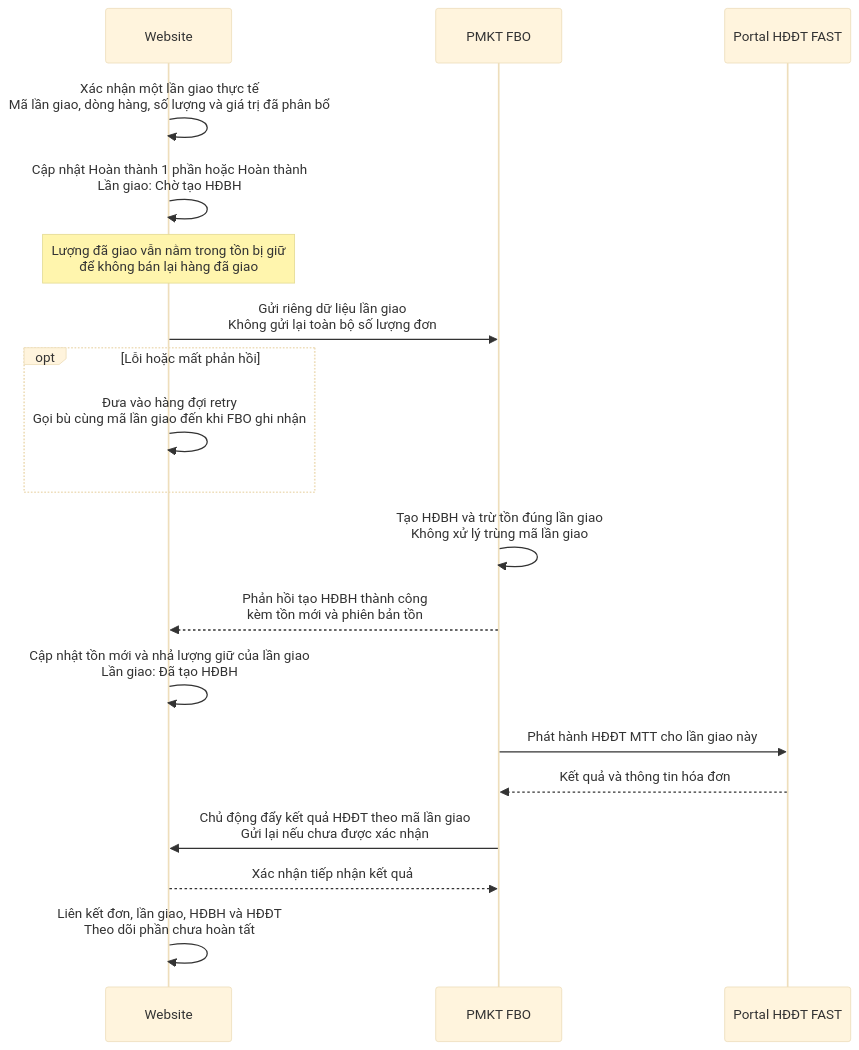
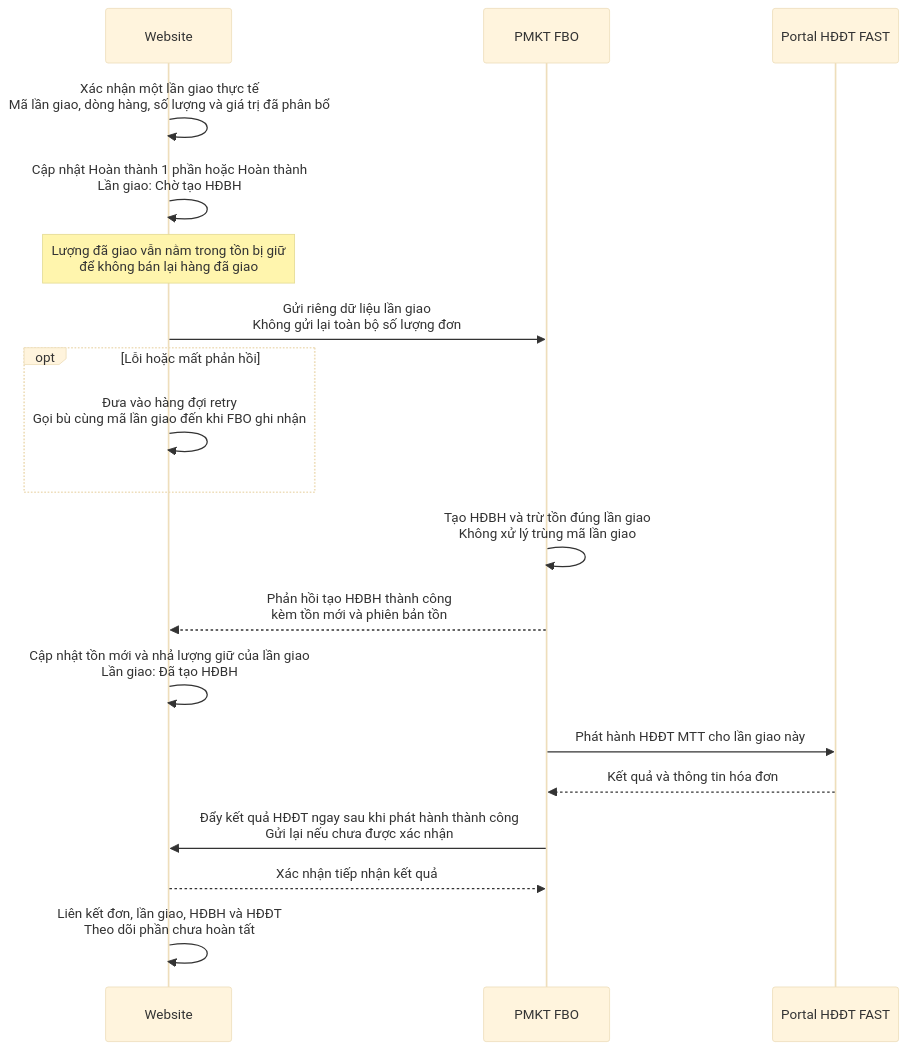
Before and after one commit to quangnh0609/PhuongThao: the second of 4 diagrams in 01.Ket_noi_website_1/docs/BRD_PhuongThao.md, drawn with Mermaid (base theme). The commit also changed other lines of this file and 7 other files, not shown here.

````diff
--- a/01.Ket_noi_website_1/docs/BRD_PhuongThao.md
+++ b/01.Ket_noi_website_1/docs/BRD_PhuongThao.md
@@ -164,21 +164,21 @@
 ```mermaid
 sequenceDiagram
     participant WEB as Website
     participant FBO as PMKT FBO
     participant PORTAL as Portal HĐĐT FAST
     WEB->>WEB: Xác nhận một lần giao thực tế<br/>Mã lần giao, dòng hàng, số lượng và giá trị đã phân bổ
     WEB->>WEB: Cập nhật Hoàn thành 1 phần hoặc Hoàn thành<br/>Lần giao: Chờ tạo HĐBH
     Note over WEB: Lượng đã giao vẫn nằm trong tồn bị giữ<br/>để không bán lại hàng đã giao
     WEB->>FBO: Gửi riêng dữ liệu lần giao<br/>Không gửi lại toàn bộ số lượng đơn
     opt Lỗi hoặc mất phản hồi
         WEB->>WEB: Đưa vào hàng đợi retry<br/>Gọi bù cùng mã lần giao đến khi FBO ghi nhận
     end
     FBO->>FBO: Tạo HĐBH và trừ tồn đúng lần giao<br/>Không xử lý trùng mã lần giao
     FBO-->>WEB: Phản hồi tạo HĐBH thành công<br/>kèm tồn mới và phiên bản tồn
     WEB->>WEB: Cập nhật tồn mới và nhả lượng giữ của lần giao<br/>Lần giao: Đã tạo HĐBH
     FBO->>PORTAL: Phát hành HĐĐT MTT cho lần giao này
     PORTAL-->>FBO: Kết quả và thông tin hóa đơn
-    FBO->>WEB: Chủ động đẩy kết quả HĐĐT theo mã lần giao<br/>Gửi lại nếu chưa được xác nhận
+    FBO->>WEB: Đẩy kết quả HĐĐT ngay sau khi phát hành thành công<br/>Gửi lại nếu chưa được xác nhận
     WEB-->>FBO: Xác nhận tiếp nhận kết quả
     WEB->>WEB: Liên kết đơn, lần giao, HĐBH và HĐĐT<br/>Theo dõi phần chưa hoàn tất
 ```
````
